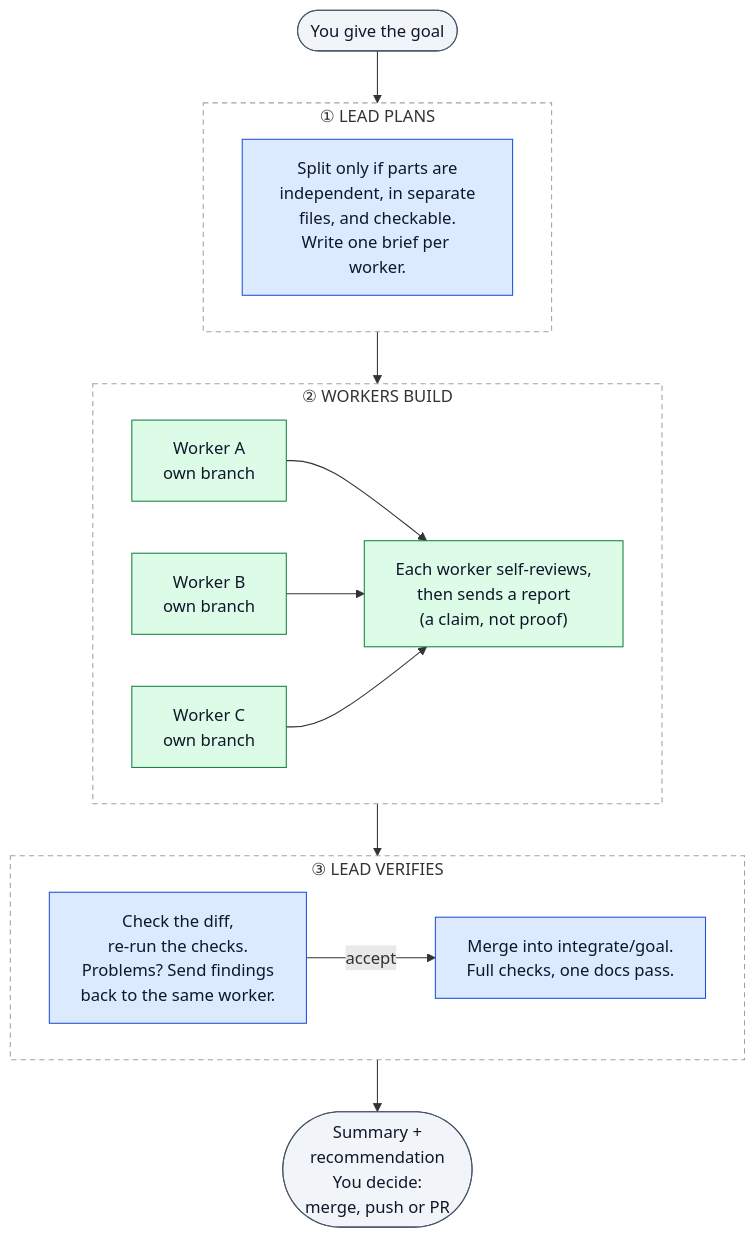
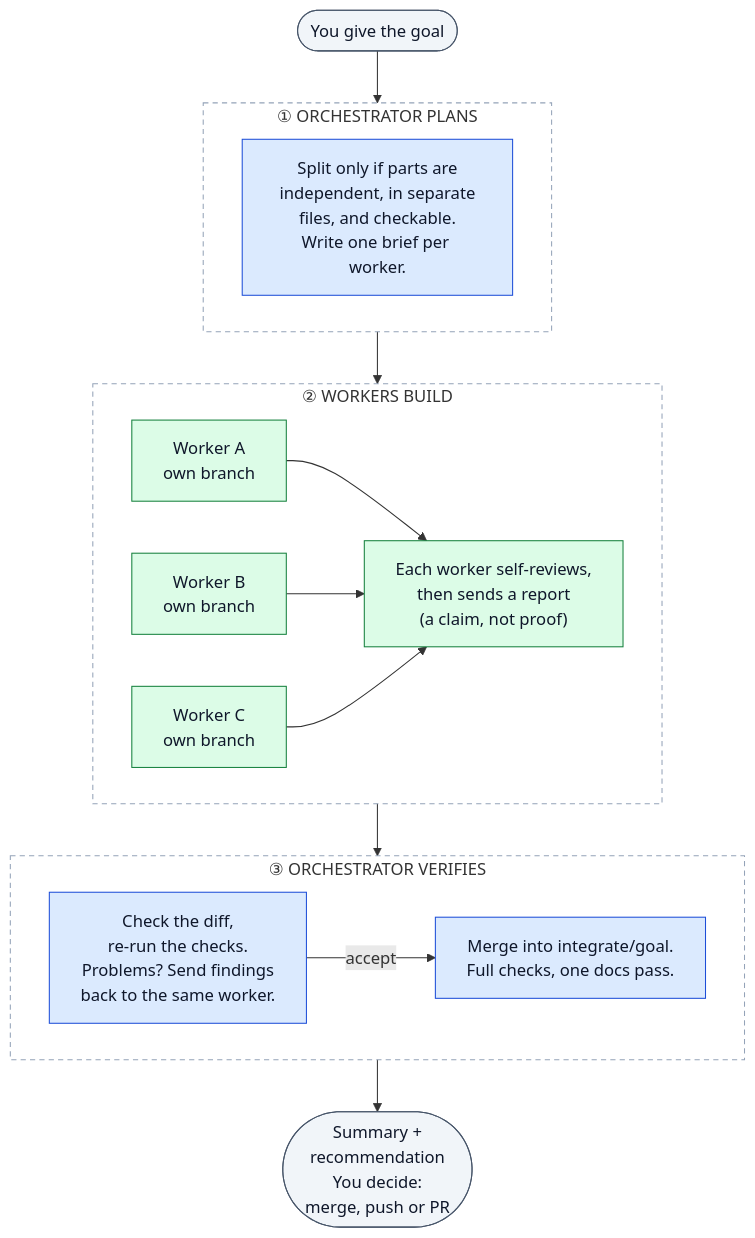
Before and after one commit to Fedekawa/claude-session-orchestration: the diagram in README.md, drawn with Mermaid. The commit also changed other lines of this file and 8 other files, not shown here.

First line of the commit message:
Rename the "lead" role to "orchestrator" throughout

````diff
--- a/README.md
+++ b/README.md
@@ -25,36 +25,36 @@
 ```mermaid
 flowchart TD
     user(["You give the goal"])
 
-    subgraph P1 ["① LEAD PLANS"]
+    subgraph P1 ["① ORCHESTRATOR PLANS"]
         plan["Split only if parts are<br/>independent, in separate<br/>files, and checkable.<br/>Write one brief per worker."]
     end
 
     subgraph P2 ["② WORKERS BUILD"]
         wa["Worker A<br/>own branch"]
         wb["Worker B<br/>own branch"]
         wc["Worker C<br/>own branch"]
         report["Each worker self-reviews,<br/>then sends a report<br/>(a claim, not proof)"]
         wa & wb & wc --> report
     end
 
-    subgraph P3 ["③ LEAD VERIFIES"]
+    subgraph P3 ["③ ORCHESTRATOR VERIFIES"]
         review["Check the diff,<br/>re-run the checks.<br/>Problems? Send findings<br/>back to the same worker."]
         integrate["Merge into integrate/goal.<br/>Full checks, one docs pass."]
         review -- "accept" --> integrate
     end
 
     done(["Summary +<br/>recommendation<br/>You decide:<br/>merge, push or PR"])
 
     user --> P1 --> P2 --> P3 --> done
 
     classDef you fill:#f1f5f9,stroke:#475569,color:#0f172a
-    classDef lead fill:#dbeafe,stroke:#1d4ed8,color:#0f172a
+    classDef orch fill:#dbeafe,stroke:#1d4ed8,color:#0f172a
     classDef worker fill:#dcfce7,stroke:#15803d,color:#0f172a
     class user,done you
-    class plan,review,integrate lead
+    class plan,review,integrate orch
     class wa,wb,wc,report worker
     style P1 fill:none,stroke:#94a3b8,stroke-dasharray:5 4
     style P2 fill:none,stroke:#94a3b8,stroke-dasharray:5 4
     style P3 fill:none,stroke:#94a3b8,stroke-dasharray:5 4
 ```
````
